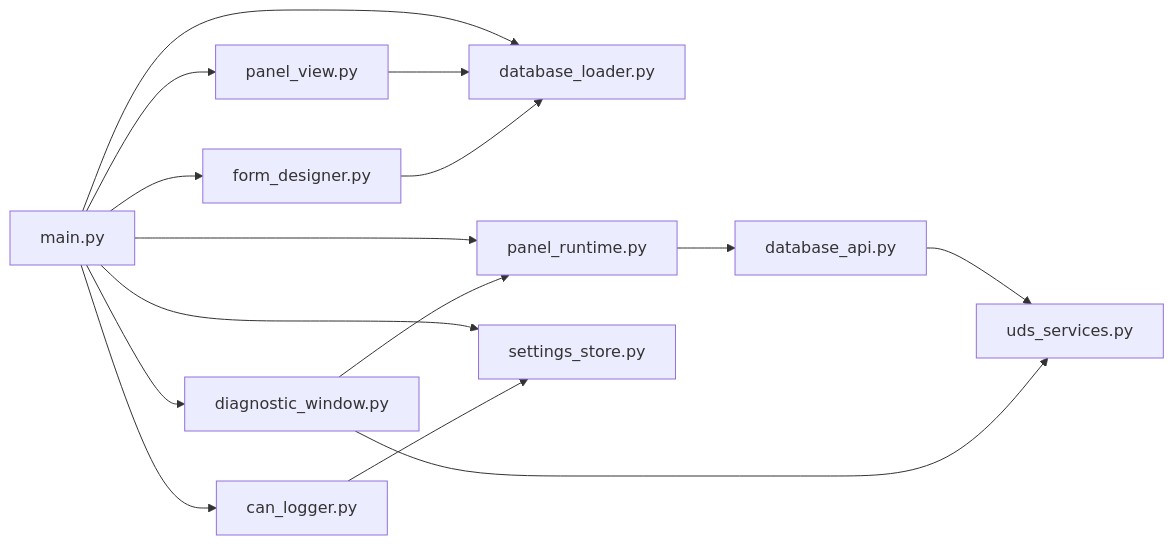
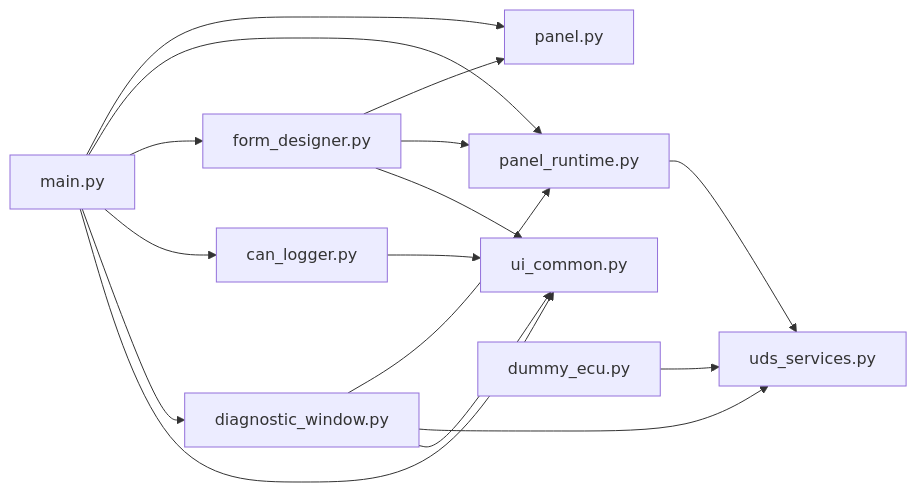
Before and after one commit to HyperFluxQc/CanExpert: the first of 4 diagrams in DOCUMENTATION.md, drawn with Mermaid. The commit also changed other lines of this file and 23 other files, not shown here.

First line of the commit message:
Add firmware flashing, dummy ECU and consolidate modules

````diff
--- a/DOCUMENTATION.md
+++ b/DOCUMENTATION.md
@@ -21,18 +21,19 @@
 ```mermaid
 flowchart LR
     main["main.py"]
-    main --> database_loader["database_loader.py"]
-    main --> panel_view["panel_view.py"]
+    main --> panel["panel.py"]
     main --> panel_runtime["panel_runtime.py"]
     main --> form_designer["form_designer.py"]
     main --> can_logger["can_logger.py"]
     main --> diagnostic_window["diagnostic_window.py"]
-    main --> settings_store["settings_store.py"]
-    panel_view --> database_loader
-    form_designer --> database_loader
-    panel_runtime --> database_api["database_api.py"]
-    database_api --> uds_services["uds_services.py"]
+    main --> ui_common["ui_common.py"]
+    form_designer --> panel
+    form_designer --> panel_runtime
+    panel_runtime --> uds_services["uds_services.py"]
     diagnostic_window --> panel_runtime
     diagnostic_window --> uds_services
-    can_logger --> settings_store
+    can_logger --> ui_common
+    form_designer --> ui_common
+    diagnostic_window --> ui_common
+    dummy_ecu["dummy_ecu.py"] --> uds_services
 ```
````
